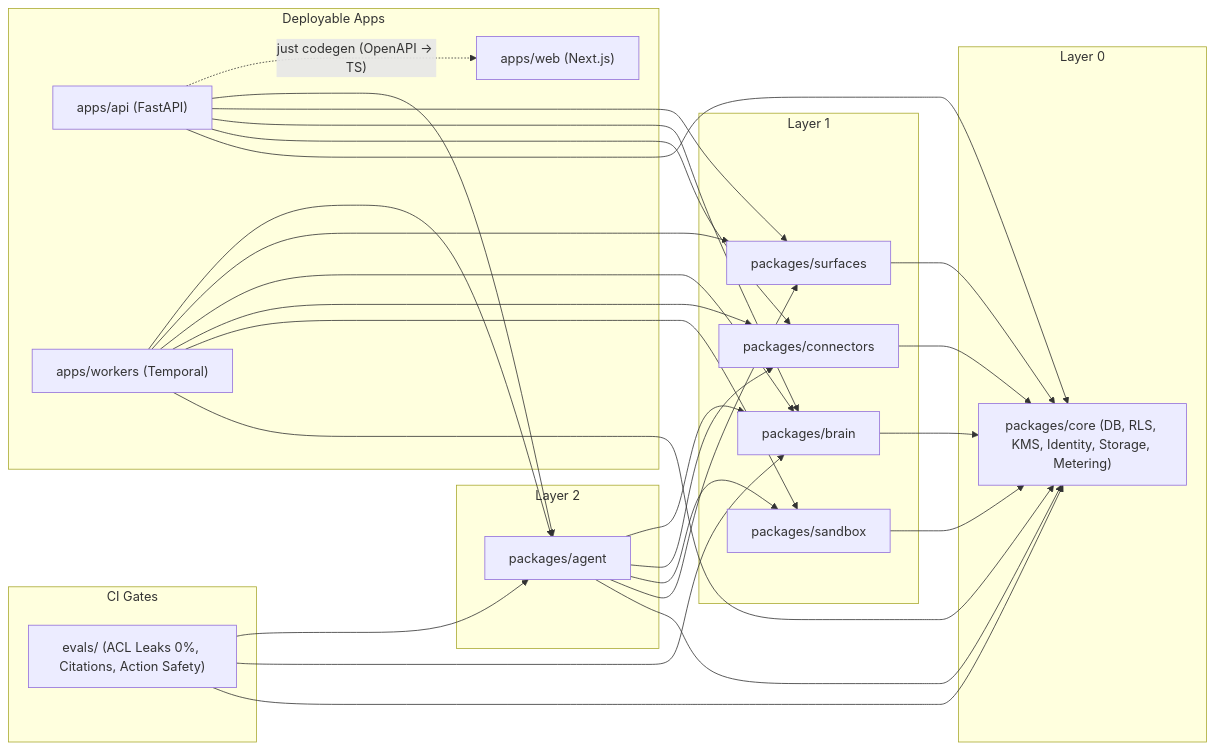
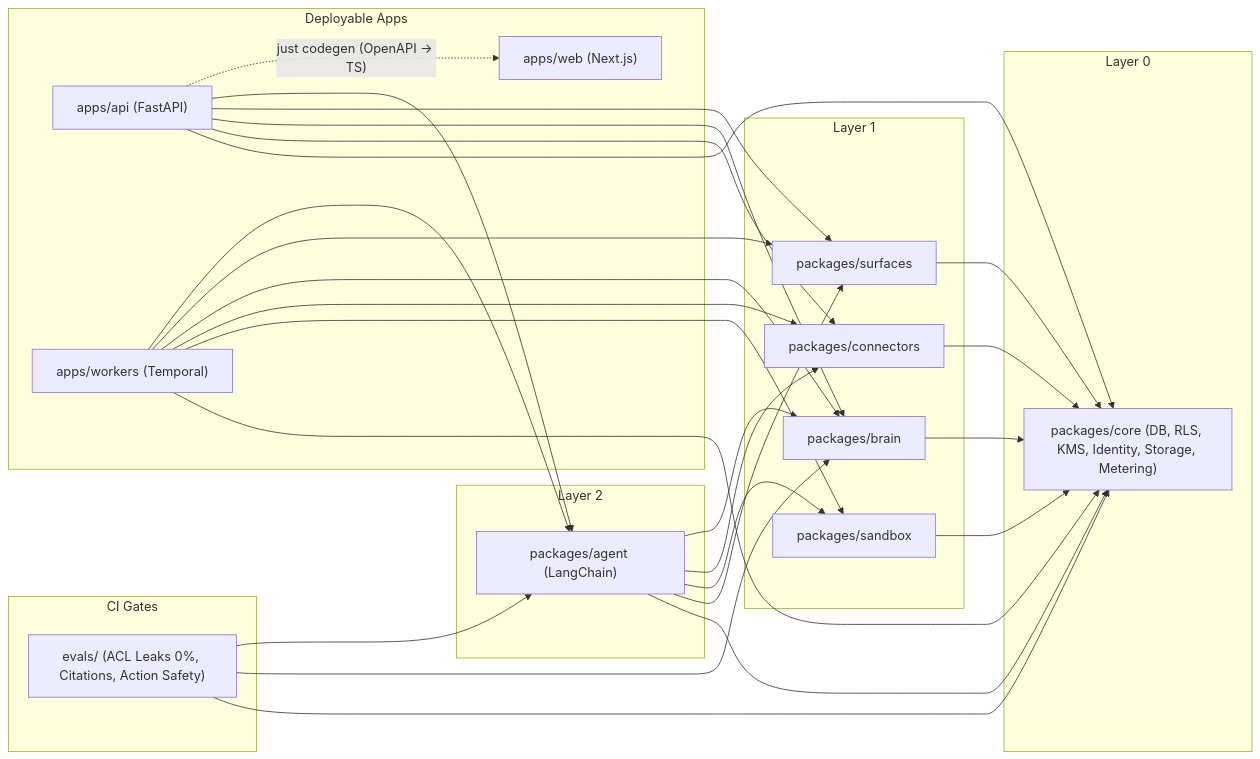
One commit to raghulchandramouli/ceo changed the second of 5 diagrams in .cursor/plans/architecture-diagrams.md. Above: the diagram before and after it, drawn with Mermaid. The commit also changed other lines of this file and 10 other files, not shown here.

First line of the commit message:
Record LangChain as the agent runtime and lock the import layers.

````diff
--- a/.cursor/plans/architecture-diagrams.md
+++ b/.cursor/plans/architecture-diagrams.md
@@ -85,56 +85,56 @@
 ```mermaid
 flowchart LR
   subgraph apps [Deployable Apps]
     Web["apps/web (Next.js)"]
     API["apps/api (FastAPI)"]
     Workers["apps/workers (Temporal)"]
   end
 
   subgraph layer2 [Layer 2]
-    Agent["packages/agent"]
+    Agent["packages/agent (LangChain)"]
   end
 
   subgraph layer1 [Layer 1]
     Brain["packages/brain"]
     Connectors["packages/connectors"]
     Surfaces["packages/surfaces"]
     Sandbox["packages/sandbox"]
   end
 
   subgraph layer0 [Layer 0]
     Core["packages/core (DB, RLS, KMS, Identity, Storage, Metering)"]
   end
 
   subgraph gates [CI Gates]
     Evals["evals/ (ACL Leaks 0%, Citations, Action Safety)"]
   end
 
   API -.->|"just codegen (OpenAPI -> TS)"| Web
   API --> Agent
   API --> Surfaces
   API --> Brain
   API --> Connectors
   API --> Core
 
   Workers --> Agent
   Workers --> Surfaces
   Workers --> Brain
   Workers --> Connectors
   Workers --> Sandbox
   Workers --> Core
 
   Agent --> Brain
   Agent --> Connectors
   Agent --> Sandbox
   Agent --> Surfaces
   Agent --> Core
 
   Brain --> Core
   Connectors --> Core
   Surfaces --> Core
   Sandbox --> Core
 
   Evals --> Agent
   Evals --> Brain
   Evals --> Core
 ```
````
